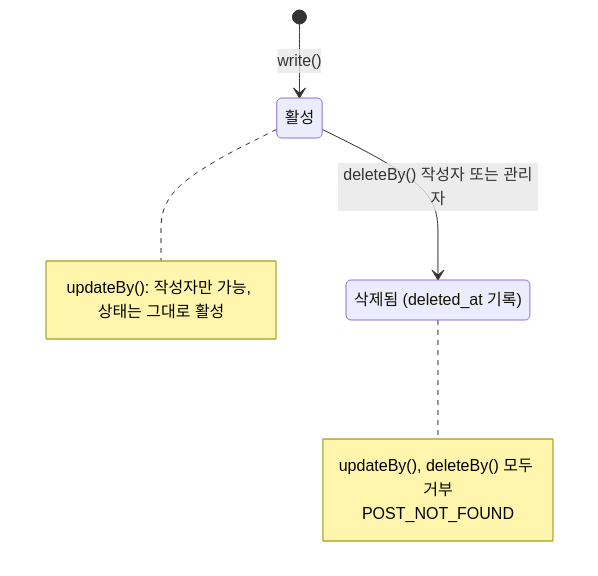
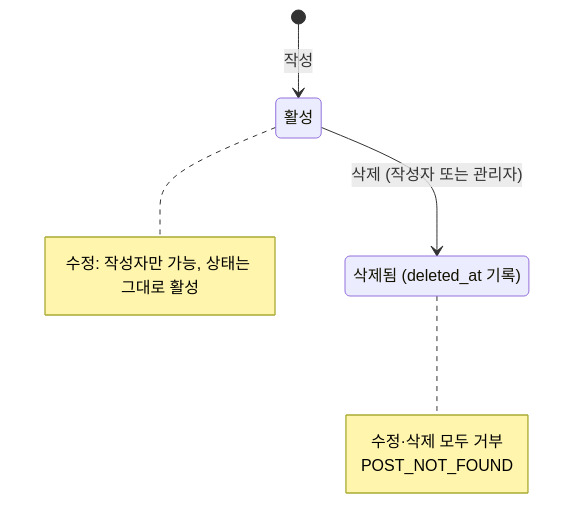
The first of 2 diagrams in docs/features/post/sds.md (HseongH/bbs), drawn with Mermaid before and after one commit. The commit also changed other lines of this file and 20 other files, not shown here.

````diff
--- a/docs/features/post/sds.md
+++ b/docs/features/post/sds.md
@@ -35,14 +36,14 @@
 ```mermaid
 stateDiagram-v2
     state "활성" as Active
     state "삭제됨 (deleted_at 기록)" as Deleted
-    [*] --> Active: write()
-    Active --> Deleted: deleteBy() 작성자 또는 관리자
+    [*] --> Active: 작성
+    Active --> Deleted: 삭제 (작성자 또는 관리자)
     note right of Active
-        updateBy(): 작성자만 가능, 상태는 그대로 활성
+        수정: 작성자만 가능, 상태는 그대로 활성
     end note
     note right of Deleted
-        updateBy(), deleteBy() 모두 거부
+        수정·삭제 모두 거부
         POST_NOT_FOUND
     end note
 ```
````
